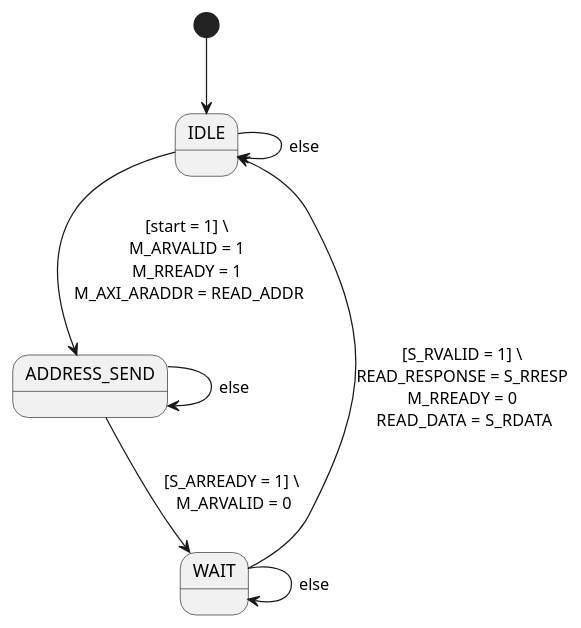
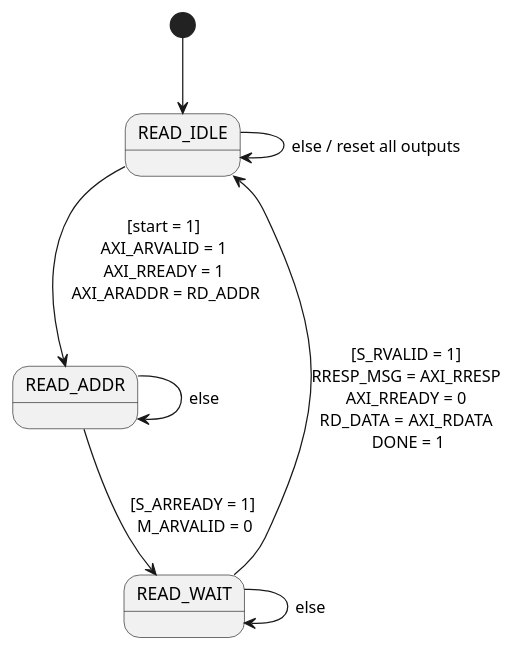
One commit to danthonyt/dtcore32 changed the diagram in doc/axi_lite_master_read_transaction.puml. Above: the diagram before and after it, drawn with PlantUML. The commit also changed 3 other files, not shown here.

```diff
--- a/doc/axi_lite_master_read_transaction.puml
+++ b/doc/axi_lite_master_read_transaction.puml
@@ -1,14 +1,17 @@
 @startuml MASTER_READ
-[*] --> IDLE
-IDLE --> IDLE : else
-IDLE --> ADDRESS_SEND : [start = 1] \ \nM_ARVALID = 1 \nM_RREADY = 1 \nM_AXI_ARADDR = READ_ADDR
+[*] --> READ_IDLE
+READ_IDLE --> READ_IDLE : else / reset all outputs
+READ_IDLE --> READ_ADDR : [start = 1] \nAXI_ARVALID = 1 \nAXI_RREADY = 1 \nAXI_ARADDR = RD_ADDR
 
-ADDRESS_SEND --> ADDRESS_SEND : else
-ADDRESS_SEND --> WAIT : [S_ARREADY = 1] \ \nM_ARVALID = 0 
+READ_ADDR --> READ_ADDR : else
+READ_ADDR --> READ_WAIT : [S_ARREADY = 1] \nM_ARVALID = 0 
 
-WAIT --> WAIT : else
-WAIT --> IDLE : [S_RVALID = 1] \ \nREAD_RESPONSE = S_RRESP \nM_RREADY = 0 \nREAD_DATA = S_RDATA
+READ_WAIT --> READ_WAIT : else
+READ_WAIT --> READ_IDLE : [S_RVALID = 1] \nRRESP_MSG = AXI_RRESP \
+\nAXI_RREADY = 0 \nRD_DATA = AXI_RDATA \
+\nDONE = 1
+
 
 
 
 @enduml
```
